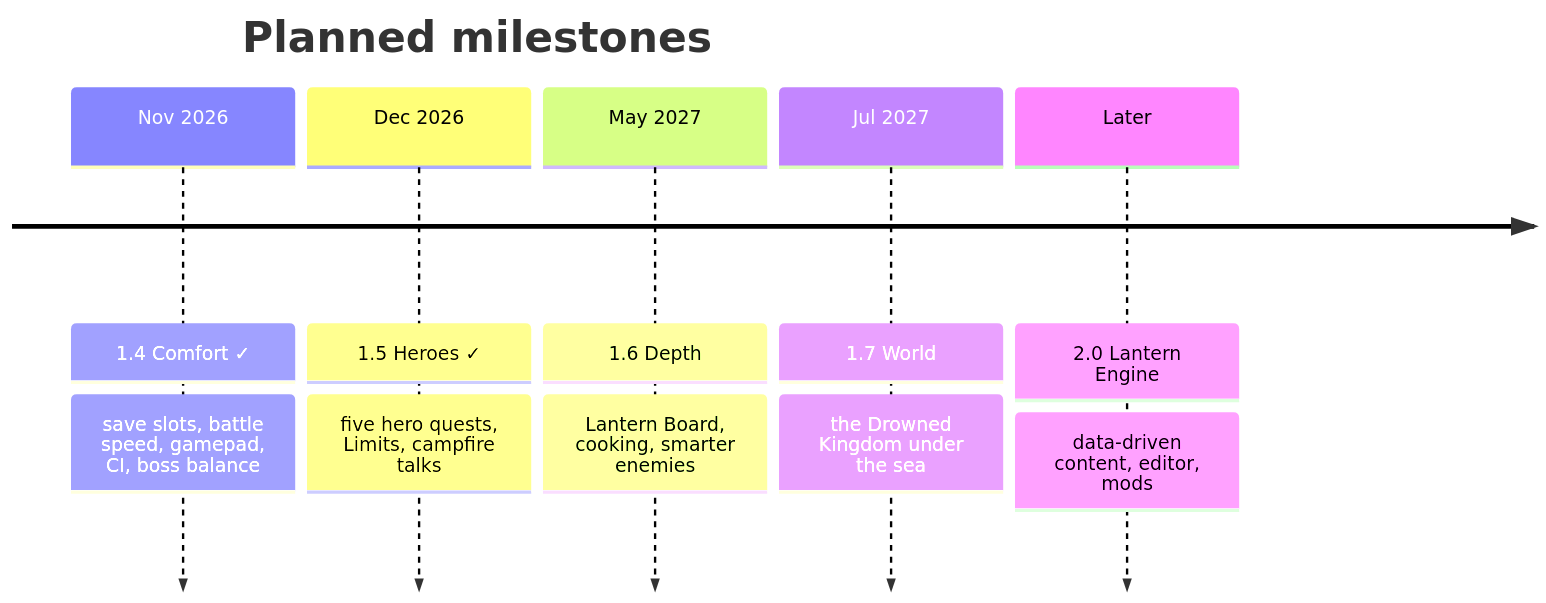
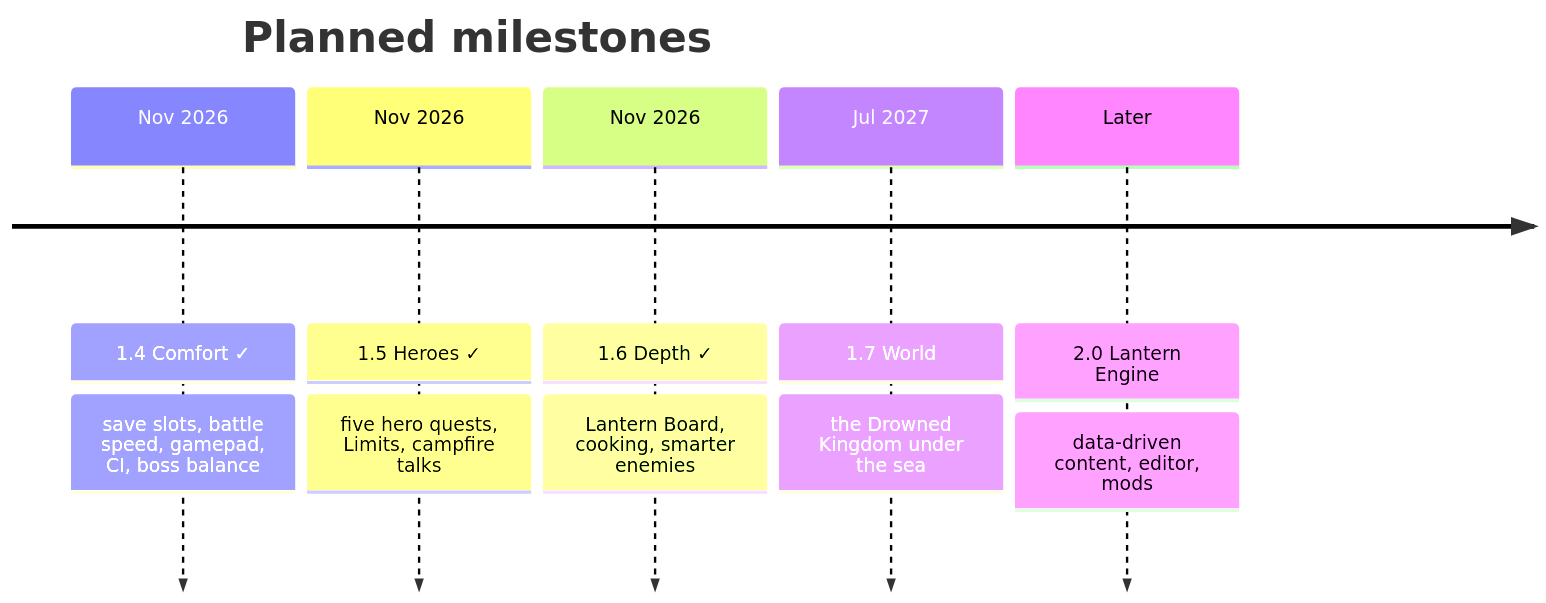
The fifth of 5 diagrams in README.md (CptNope/Laternfall), drawn with Mermaid before and after one commit. The commit also changed other lines of this file and 2 other files, not shown here.

Commit message:
Release 1.6.0: move Unreleased to 1.6.0 and point the changelog at tagged releases
- CHANGELOG: 1.6.0 dated 2026-11-23, an empty Unreleased section, the
  table and timeline updated, and version links pointing at the releases
- ROADMAP: 1.6 and ST-4 marked done, backfill table completed
- README: release badge links to the latest release; timeline dates fixed

Claude-Session: https://claude.ai/code/session_01WcBCuP2zNCMxmJKxUUhdVE

````diff
--- a/README.md
+++ b/README.md
@@ -364,9 +364,9 @@
 ```mermaid
 timeline
     title Planned milestones
     Nov 2026 : 1.4 Comfort ✓ : save slots, battle speed, gamepad, CI, boss balance
-    Dec 2026 : 1.5 Heroes ✓ : five hero quests, Limits, campfire talks
-    May 2027 : 1.6 Depth : Lantern Board, cooking, smarter enemies
+    Nov 2026 : 1.5 Heroes ✓ : five hero quests, Limits, campfire talks
+    Nov 2026 : 1.6 Depth ✓ : Lantern Board, cooking, smarter enemies
     Jul 2027 : 1.7 World : the Drowned Kingdom under the sea
     Later : 2.0 Lantern Engine : data-driven content, editor, mods
 ```
````
